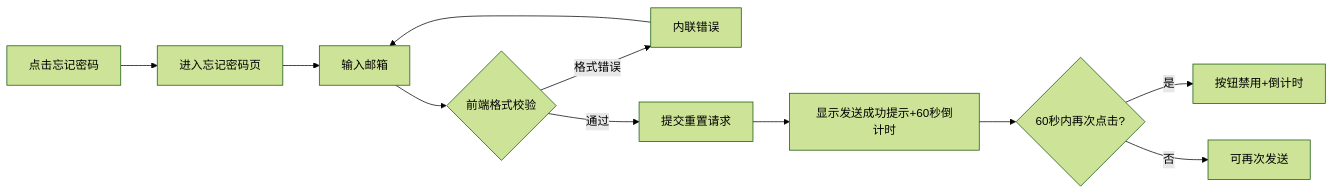
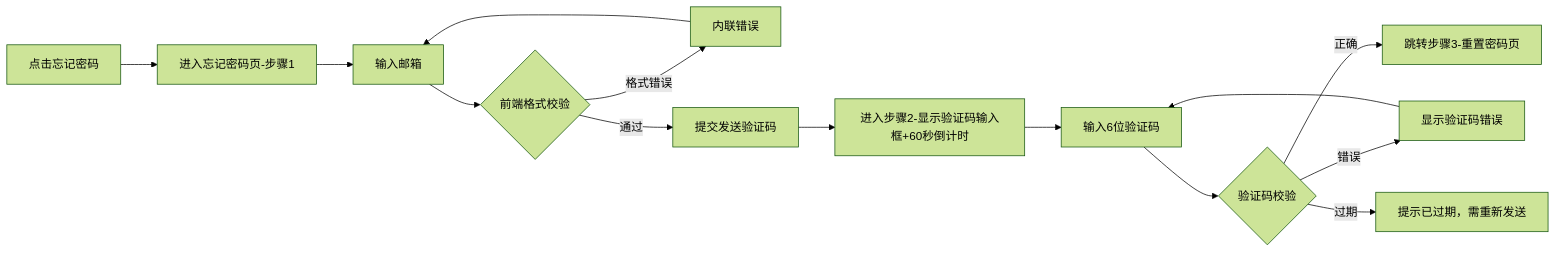
Before and after one commit to foryou2026/chinese: the second of 4 diagrams in docs/C02-ia-interaction/admin/auth/account-entry/02-flows.md, drawn with Mermaid (forest theme). The commit also changed other lines of this file and 27 other files, not shown here.

````diff
--- a/docs/C02-ia-interaction/admin/auth/account-entry/02-flows.md
+++ b/docs/C02-ia-interaction/admin/auth/account-entry/02-flows.md
@@ -30,13 +30,16 @@
 ```mermaid
 flowchart LR
-  A2[点击忘记密码] --> B2[进入忘记密码页]
+  A2[点击忘记密码] --> B2[进入忘记密码页-步骤1]
   B2 --> C2[输入邮箱]
   C2 --> D2{前端格式校验}
   D2 -->|格式错误| E2[内联错误]
   E2 --> C2
-  D2 -->|通过| F2[提交重置请求]
-  F2 --> G2[显示发送成功提示+60秒倒计时]
-  G2 --> H2{60秒内再次点击?}
-  H2 -->|是| I2[按钮禁用+倒计时]
-  H2 -->|否| J2[可再次发送]
+  D2 -->|通过| F2[提交发送验证码]
+  F2 --> G2[进入步骤2-显示验证码输入框+60秒倒计时]
+  G2 --> H2[输入6位验证码]
+  H2 --> I2{验证码校验}
+  I2 -->|正确| J2[跳转步骤3-重置密码页]
+  I2 -->|错误| K2[显示验证码错误]
+  K2 --> H2
+  I2 -->|过期| L2[提示已过期，需重新发送]
 ```
````
